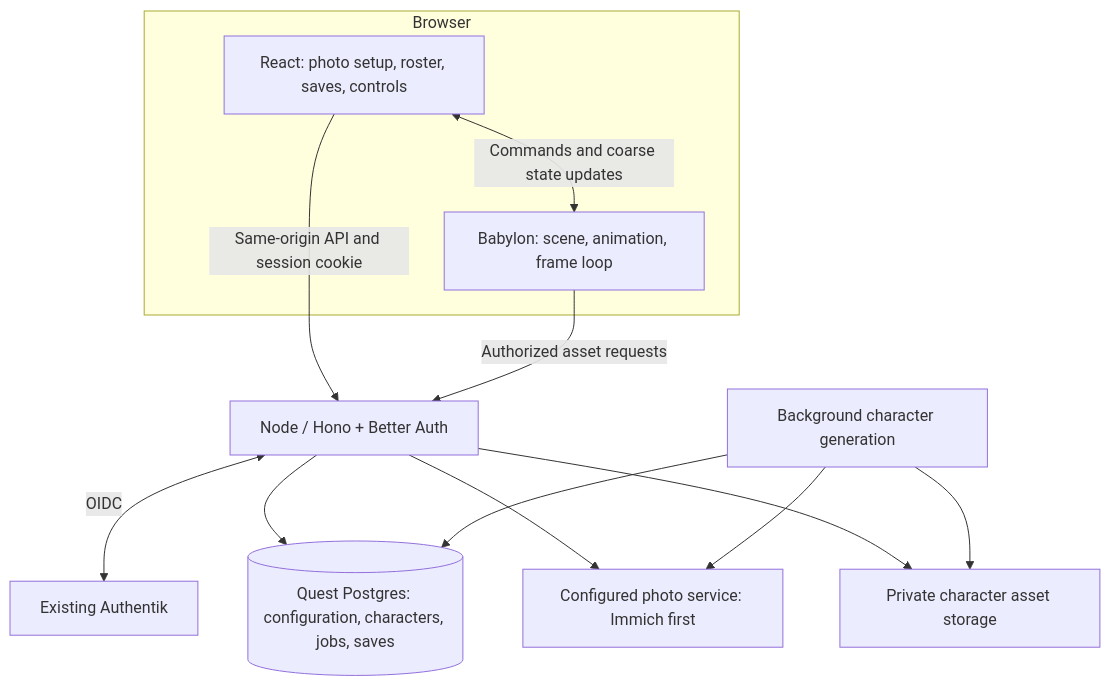
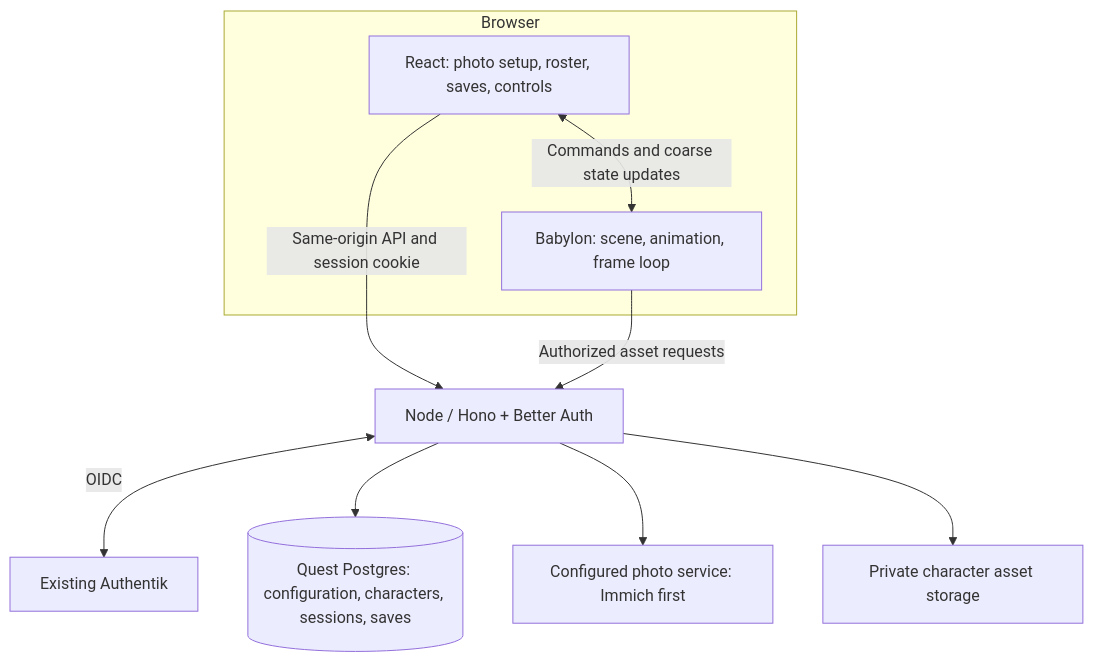
Before and after one commit to thaynes43/haynes-quest: the diagram in docs/designs/001-technical-foundation.md, drawn with Mermaid. The commit also changed other lines of this file and 12 other files, not shown here.

````diff
--- a/docs/designs/001-technical-foundation.md
+++ b/docs/designs/001-technical-foundation.md
@@ -12,17 +12,14 @@
 ```mermaid
 flowchart TB
     subgraph Browser
         UI[React: photo setup, roster, saves, controls]
         Game[Babylon: scene, animation, frame loop]
         UI <-->|Commands and coarse state updates| Game
     end
     UI -->|Same-origin API and session cookie| App[Node / Hono + Better Auth]
     Game -->|Authorized asset requests| App
     App <-->|OIDC| Auth[Existing Authentik]
-    App --> DB[(Quest Postgres: configuration, characters, jobs, saves)]
+    App --> DB[(Quest Postgres: configuration, characters, sessions, saves)]
     App --> Photos[Configured photo service: Immich first]
     App --> Assets[Private character asset storage]
-    Worker[Background character generation] --> DB
-    Worker --> Photos
-    Worker --> Assets
 ```
````
